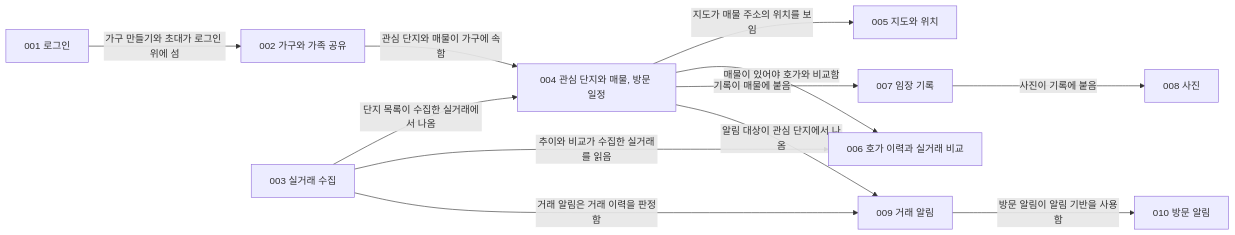
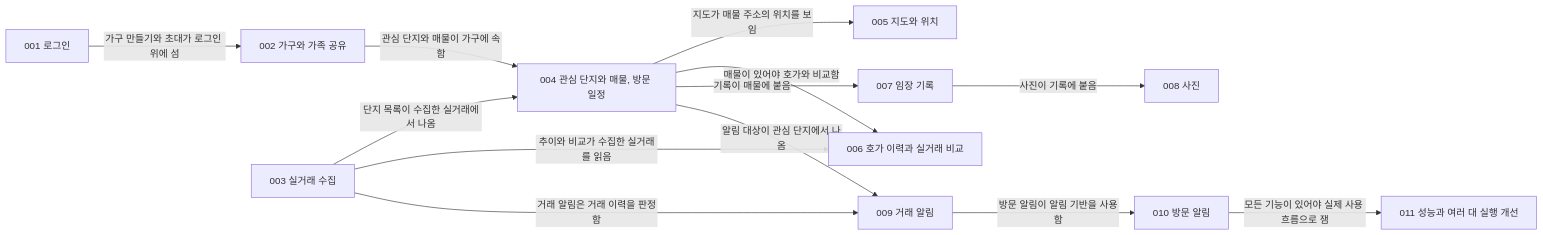
Before and after one commit to Park-Seung-Hun/real-estate: the diagram in docs/backlog.md, drawn with Mermaid. The commit also changed other lines of this file and 3 other files, not shown here.

````diff
--- a/docs/backlog.md
+++ b/docs/backlog.md
@@ -19,25 +19,27 @@
 ```mermaid
 flowchart LR
   f001["001 로그인"]
   f002["002 가구와 가족 공유"]
   f003["003 실거래 수집"]
   f004["004 관심 단지와 매물, 방문 일정"]
   f005["005 지도와 위치"]
   f006["006 호가 이력과 실거래 비교"]
   f007["007 임장 기록"]
   f008["008 사진"]
   f009["009 거래 알림"]
   f010["010 방문 알림"]
+  f011["011 성능과 여러 대 실행 개선"]
 
   f001 -->|"가구 만들기와 초대가 로그인 위에 섬"| f002
   f002 -->|"관심 단지와 매물이 가구에 속함"| f004
   f003 -->|"단지 목록이 수집한 실거래에서 나옴"| f004
   f004 -->|"지도가 매물 주소의 위치를 보임"| f005
   f004 -->|"매물이 있어야 호가와 비교함"| f006
   f003 -->|"추이와 비교가 수집한 실거래를 읽음"| f006
   f004 -->|"기록이 매물에 붙음"| f007
   f007 -->|"사진이 기록에 붙음"| f008
   f003 -->|"거래 알림은 거래 이력을 판정함"| f009
   f004 -->|"알림 대상이 관심 단지에서 나옴"| f009
   f009 -->|"방문 알림이 알림 기반을 사용함"| f010
+  f010 -->|"모든 기능이 있어야 실제 사용 흐름으로 잼"| f011
 ```
````
